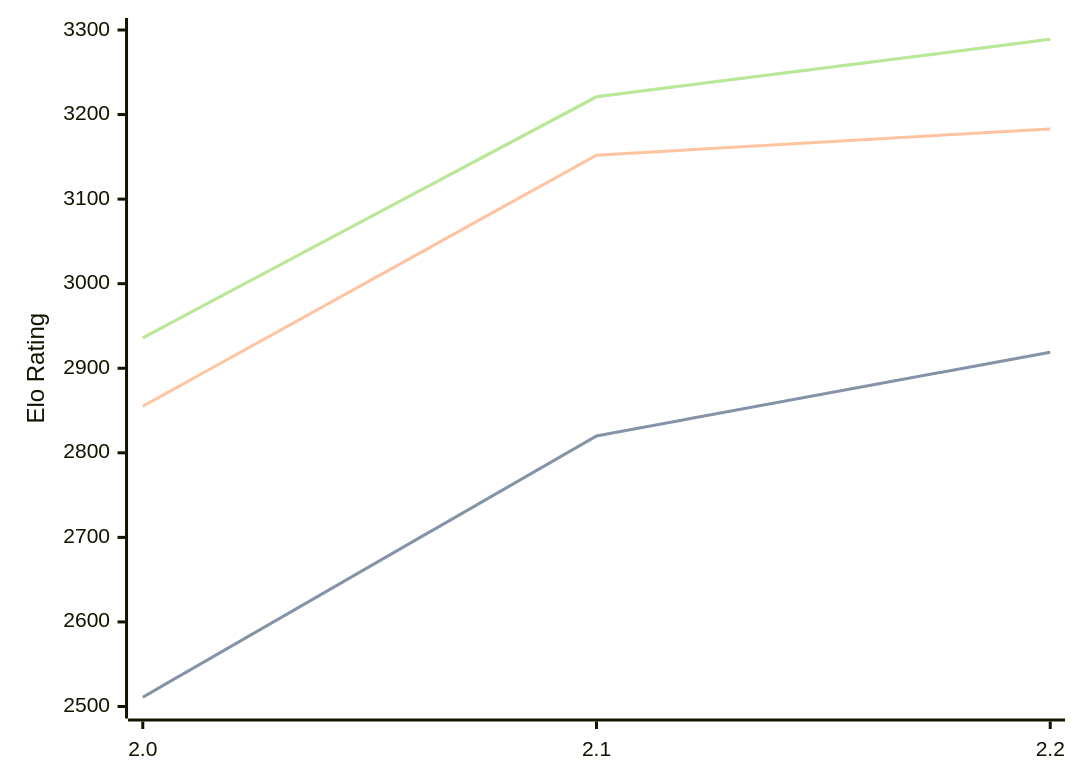
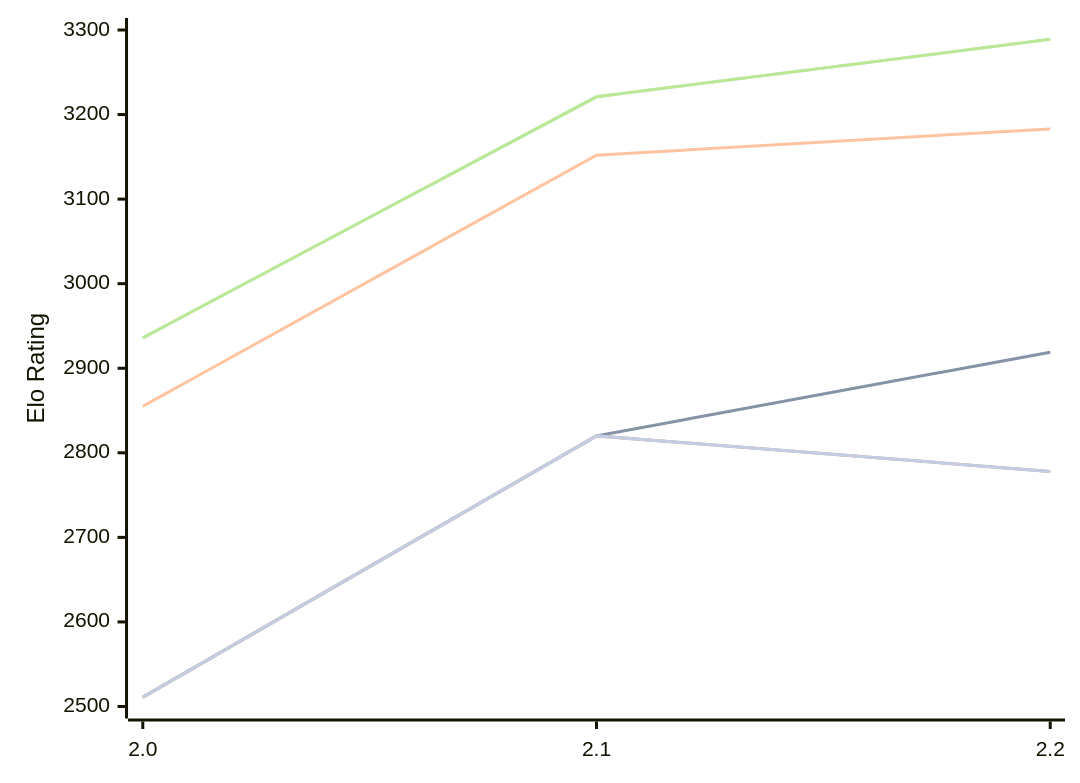
Before and after one commit to computer-chess-index/cci: the diagram in engines/Tunguska.md, drawn with Mermaid. The commit also changed other lines of this file, not shown here.

Commit message:
Update CCI Ratings (ELO VLTC) - 2026-10-11

````diff
--- a/engines/Tunguska.md
+++ b/engines/Tunguska.md
@@ -49,16 +49,13 @@
 ```mermaid
 %%{init: {"theme":"base","themeVariables":{"seriesColors:['#a3a3a3','#222221','#faa371']}}}%%
 xychart-beta
   x-axis ["2.0", "2.1", "2.2"]
   y-axis "Elo Rating" 2500 --> 3300
   line "" [2511, 2820, 2919]
   line "T1: STC (8.0+0.08s)" [2511, 2820, 2919]
   line "T1: LTC (60.0+0.60s)" [2855, 3152, 3183]
   line "" [2936, 3221, 3289]
   line "T1: VLTC (2m24s+1.12s)" [2936, 3221, 3289]
-  line "" [2768]
-  line "E1: STC (8.0+0.08s)" [2768]
-  line "E1: LTC (60.0+0.60s)" [3097]
-  line "" [3197]
-  line "E1: VLTC (2m24s+1.12s)" [3197]
+  line "" [2511, 2820,2778]
+  line "E1: STC (8.0+0.08s)" [2511, 2820,2778]
 ```
````
